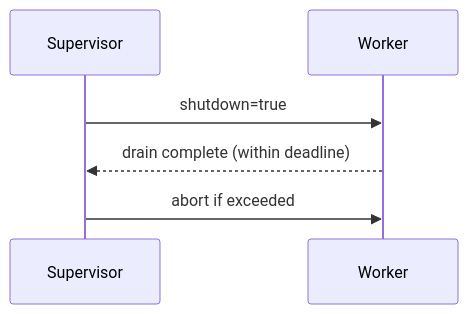
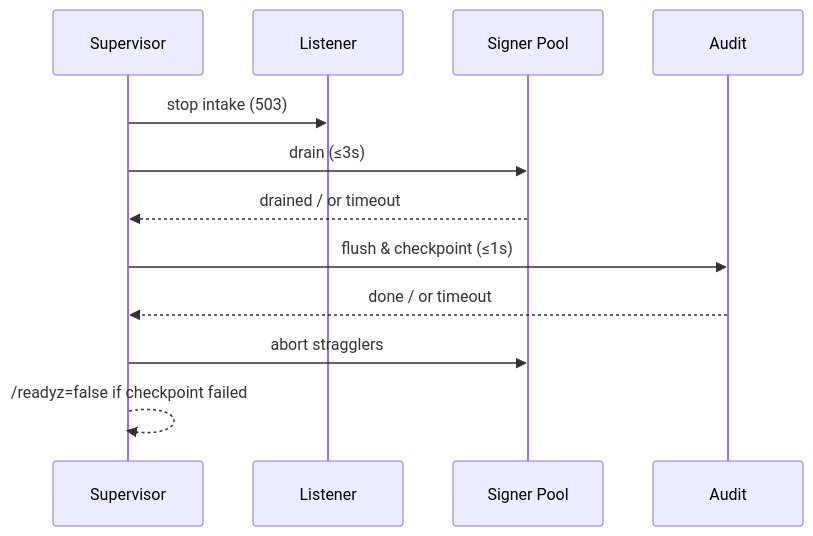
The fifth of 5 diagrams in crates/ron-kms/docs/CONCURRENCY.MD (Y3LLOWVESTS/rustyonions), drawn with Mermaid before and after one commit. The commit also changed other lines of this file and 79 other files, not shown here.

````diff
--- a/crates/ron-kms/docs/CONCURRENCY.MD
+++ b/crates/ron-kms/docs/CONCURRENCY.MD
@@ -322,8 +371,14 @@
 ```mermaid
 sequenceDiagram
-  participant S as Supervisor
-  participant W as Worker
-  S->>W: shutdown=true
-  W-->>S: drain complete (within deadline)
-  S->>W: abort if exceeded
+  participant SUP as Supervisor
+  participant L as Listener
+  participant P as Signer Pool
+  participant A as Audit
+  SUP->>L: stop intake (503)
+  SUP->>P: drain (≤3s)
+  P-->>SUP: drained / or timeout
+  SUP->>A: flush & checkpoint (≤1s)
+  A-->>SUP: done / or timeout
+  SUP->>P: abort stragglers
+  SUP-->>SUP: /readyz=false if checkpoint failed
 ```
````
